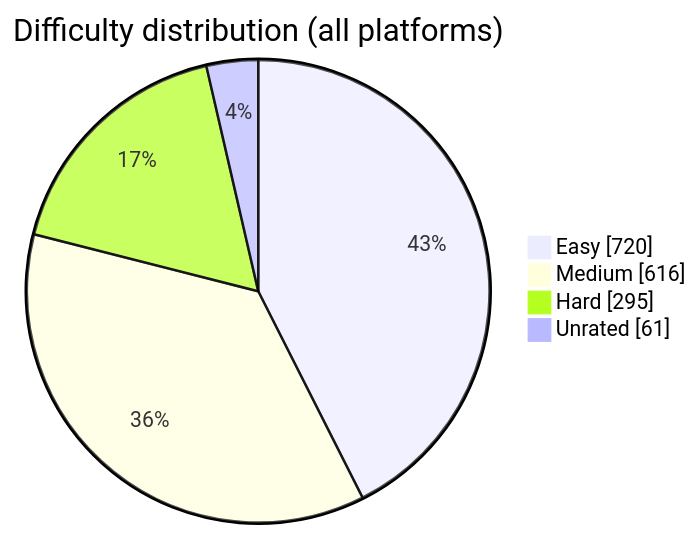
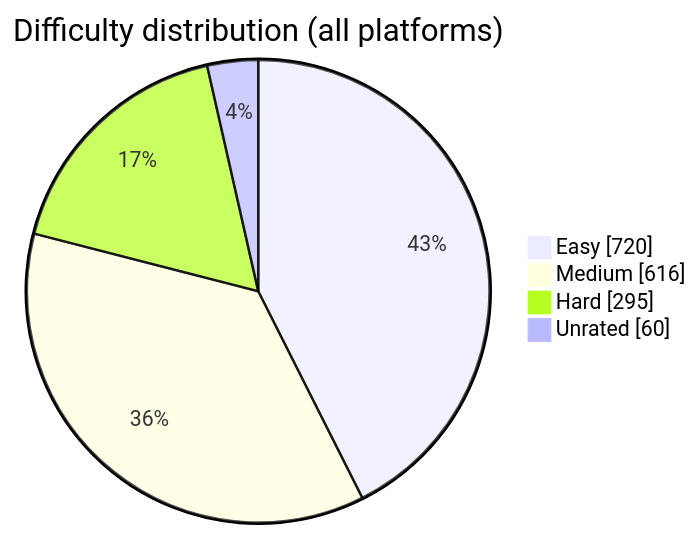
The diagram in README.md (BuildbyArindam/Daily-Coding-Log), drawn with Mermaid before and after one commit. The commit also changed other lines of this file, not shown here.

````diff
--- a/README.md
+++ b/README.md
@@ -93,7 +93,7 @@
 ```mermaid
 pie showData title Difficulty distribution (all platforms)
     "Easy" : 720
     "Medium" : 616
     "Hard" : 295
-    "Unrated" : 61
+    "Unrated" : 60
 ```
````
